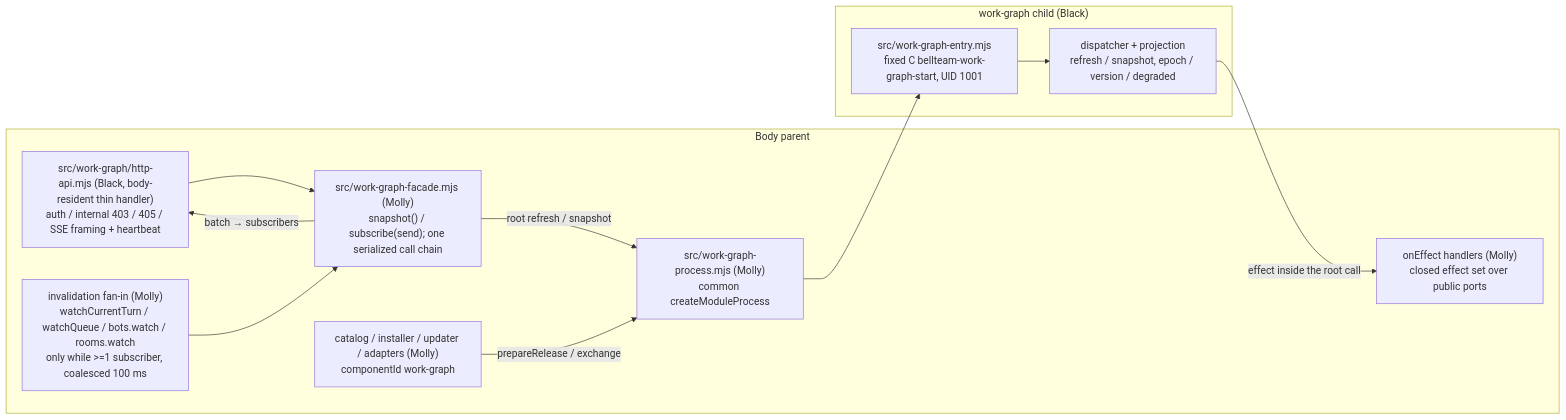
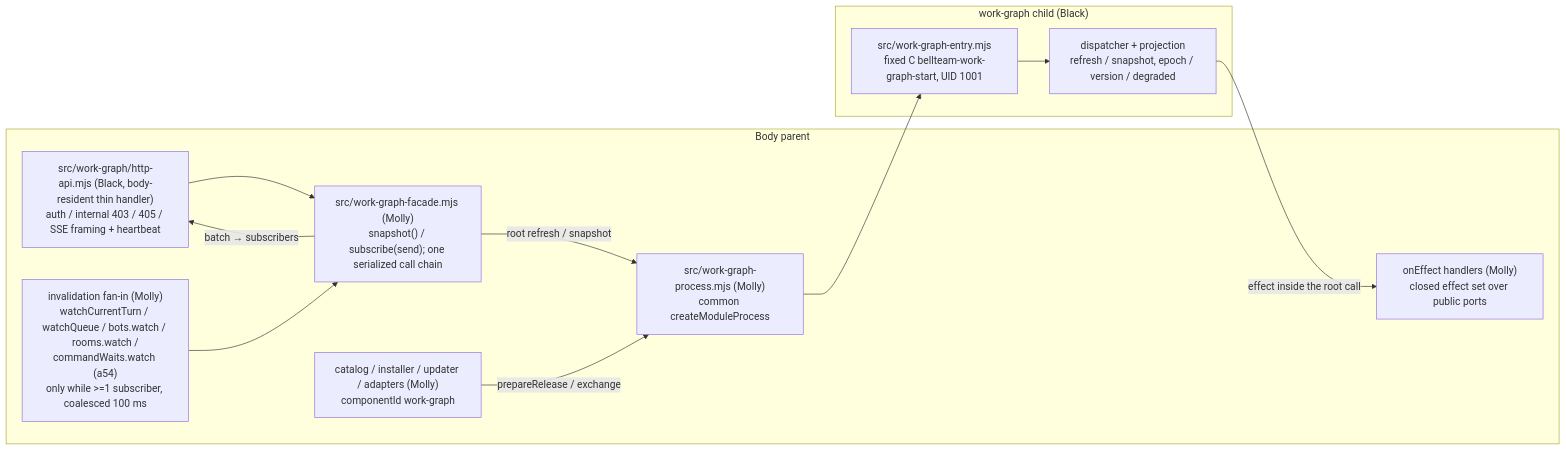
One commit to kitepon/BellTeam changed the diagram in docs/architecture/modules/runtime/work-graph-child.md. Above: the diagram before and after it, drawn with Mermaid. The commit also changed other lines of this file and 4 other files, not shown here.

First line of the commit message:
work-graph: a member waiting on its notify=result command shows working (a54)

````diff
--- a/docs/architecture/modules/runtime/work-graph-child.md
+++ b/docs/architecture/modules/runtime/work-graph-child.md
@@ -7,22 +7,22 @@
 ```mermaid
 flowchart LR
   subgraph Parent["Body parent"]
     Route["src/work-graph/http-api.mjs (Black, body-resident thin handler)<br/>auth / internal 403 / 405 / SSE framing + heartbeat"]
     Facade["src/work-graph-facade.mjs (Molly)<br/>snapshot() / subscribe(send); one serialized call chain"]
-    Signals["invalidation fan-in (Molly)<br/>watchCurrentTurn / watchQueue / bots.watch / rooms.watch<br/>only while >=1 subscriber, coalesced 100 ms"]
+    Signals["invalidation fan-in (Molly)<br/>watchCurrentTurn / watchQueue / bots.watch / rooms.watch /<br/>commandWaits.watch (a54)<br/>only while >=1 subscriber, coalesced 100 ms"]
     Proc["src/work-graph-process.mjs (Molly)<br/>common createModuleProcess"]
     Ports["onEffect handlers (Molly)<br/>closed effect set over public ports"]
     Update["catalog / installer / updater / adapters (Molly)<br/>componentId work-graph"]
   end
   subgraph Child["work-graph child (Black)"]
     Entry["src/work-graph-entry.mjs<br/>fixed C bellteam-work-graph-start, UID 1001"]
     Disp["dispatcher + projection<br/>refresh / snapshot, epoch / version / degraded"]
   end
   Route --> Facade
   Signals --> Facade
   Facade -->|"root refresh / snapshot"| Proc
   Proc --> Entry --> Disp
   Disp -->|"effect inside the root call"| Ports
   Facade -->|"batch → subscribers"| Route
   Update -->|"prepareRelease / exchange"| Proc
 ```
````
